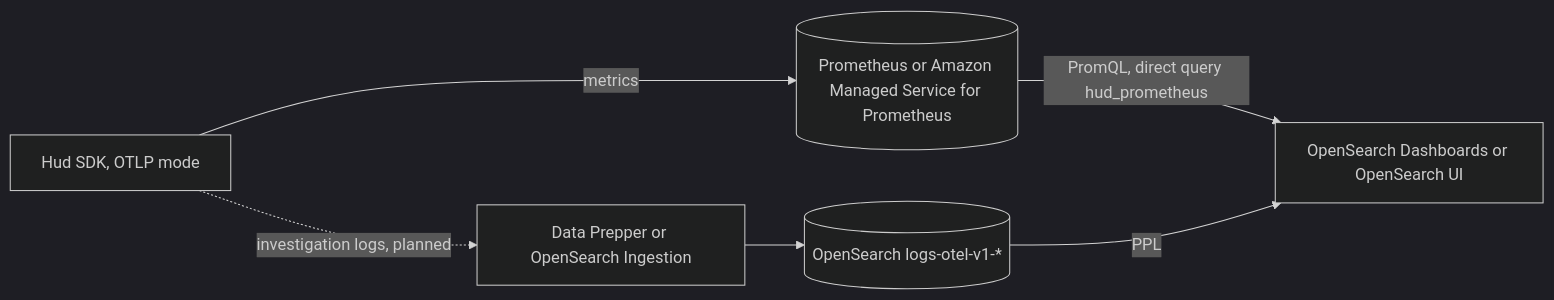
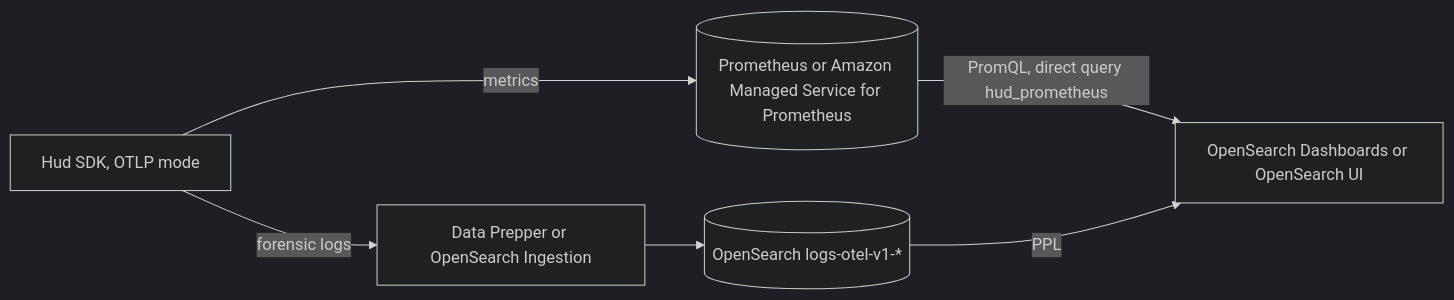
Before and after one commit to code-hud/opensearch-catalog: the diagram in integrations/observability/hud/README.md, drawn with Mermaid (dark theme). The commit also changed other lines of this file and 10 other files, not shown here.

````diff
--- a/integrations/observability/hud/README.md
+++ b/integrations/observability/hud/README.md
@@ -11,7 +11,7 @@
 ```mermaid
 flowchart LR
   SDK[Hud SDK, OTLP mode] -->|metrics| P[(Prometheus or Amazon Managed Service for Prometheus)]
-  SDK -.->|investigation logs, planned| DP[Data Prepper or OpenSearch Ingestion] --> OS[(OpenSearch logs-otel-v1-*)]
+  SDK -->|forensic logs| DP[Data Prepper or OpenSearch Ingestion] --> OS[(OpenSearch logs-otel-v1-*)]
   P -->|PromQL, direct query hud_prometheus| OSD[OpenSearch Dashboards or OpenSearch UI]
   OS -->|PPL| OSD
 ```
````
